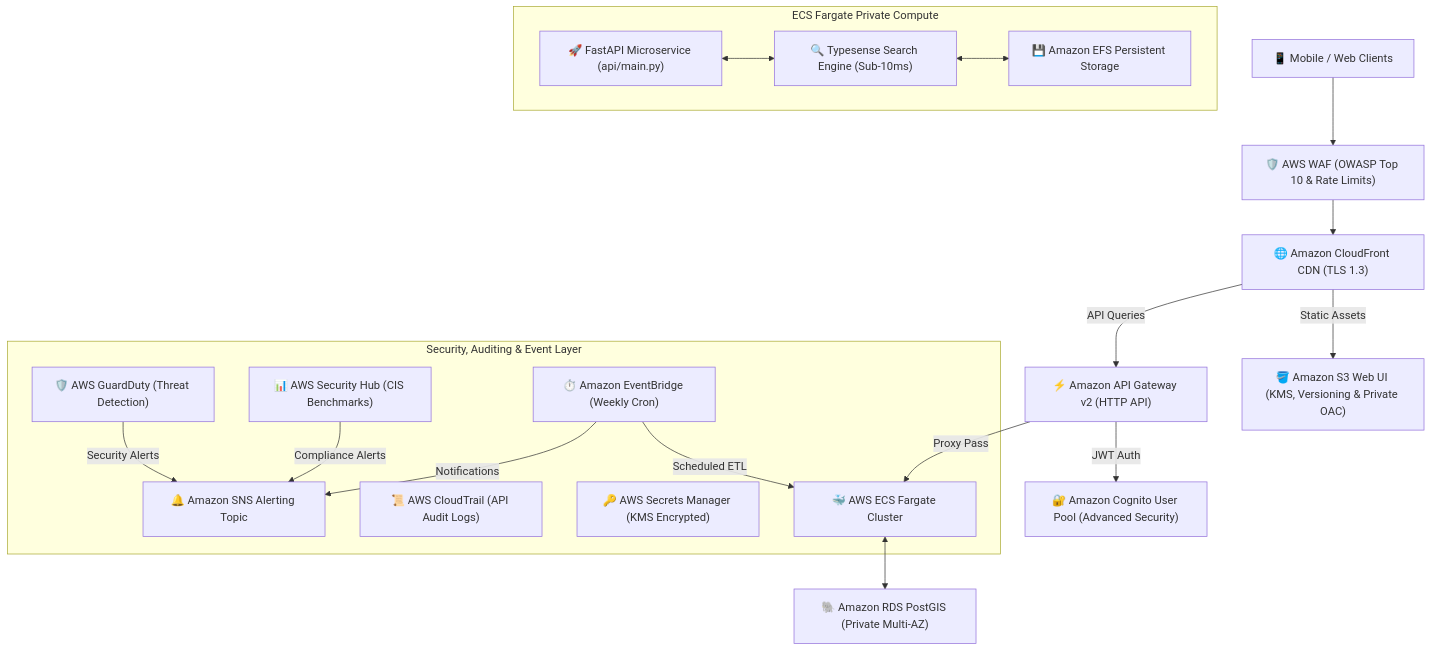
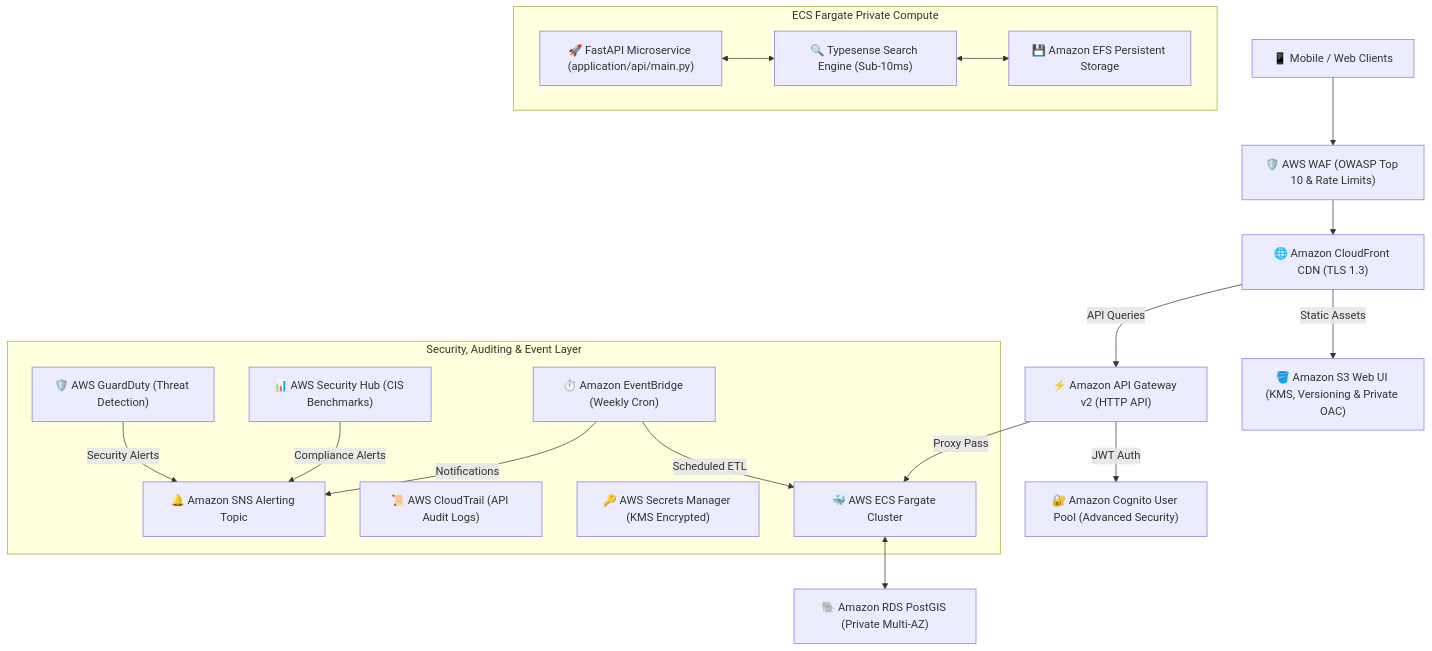
Before and after one commit to mchittineni/CrownCorridor: the diagram in docs/index.md, drawn with Mermaid. The commit also changed other lines of this file and 109 other files, not shown here.

````diff
--- a/docs/index.md
+++ b/docs/index.md
@@ -20,35 +23,35 @@
 ```mermaid
 graph TD
     Client["📱 Mobile / Web Clients"] --> WAF["🛡️ AWS WAF (OWASP Top 10 & Rate Limits)"]
     WAF --> CDN["🌐 Amazon CloudFront CDN (TLS 1.3)"]
 
     CDN -->|Static Assets| S3["🪣 Amazon S3 Web UI (KMS, Versioning & Private OAC)"]
     CDN -->|API Queries| APIGW["⚡ Amazon API Gateway v2 (HTTP API)"]
 
     APIGW -->|JWT Auth| Cognito["🔐 Amazon Cognito User Pool (Advanced Security)"]
     APIGW -->|Proxy Pass| Fargate["🐳 AWS ECS Fargate Cluster"]
 
     subgraph Compute ["ECS Fargate Private Compute"]
-        FastAPI["🚀 FastAPI Microservice (api/main.py)"]
+        FastAPI["🚀 FastAPI Microservice (application/api/main.py)"]
         Typesense["🔍 Typesense Search Engine (Sub-10ms)"]
         EFS["💾 Amazon EFS Persistent Storage"]
         FastAPI <--> Typesense
         Typesense <--> EFS
     end
 
     Fargate <--> DB["🐘 Amazon RDS PostGIS (Private Multi-AZ)"]
 
     subgraph Security ["Security, Auditing & Event Layer"]
         CloudTrail["📜 AWS CloudTrail (API Audit Logs)"]
         GuardDuty["🛡️ AWS GuardDuty (Threat Detection)"]
         SecurityHub["📊 AWS Security Hub (CIS Benchmarks)"]
         SecretsMgr["🔑 AWS Secrets Manager (KMS Encrypted)"]
         EventBridge["⏱️ Amazon EventBridge (Weekly Cron)"]
         SNS["🔔 Amazon SNS Alerting Topic"]
 
         EventBridge -->|Scheduled ETL| Fargate
         EventBridge -->|Notifications| SNS
         GuardDuty -->|Security Alerts| SNS
         SecurityHub -->|Compliance Alerts| SNS
     end
 ```
````
